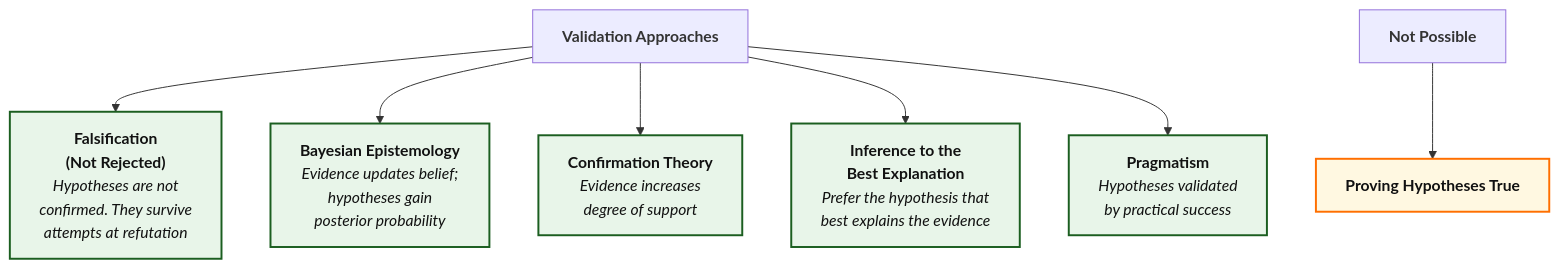
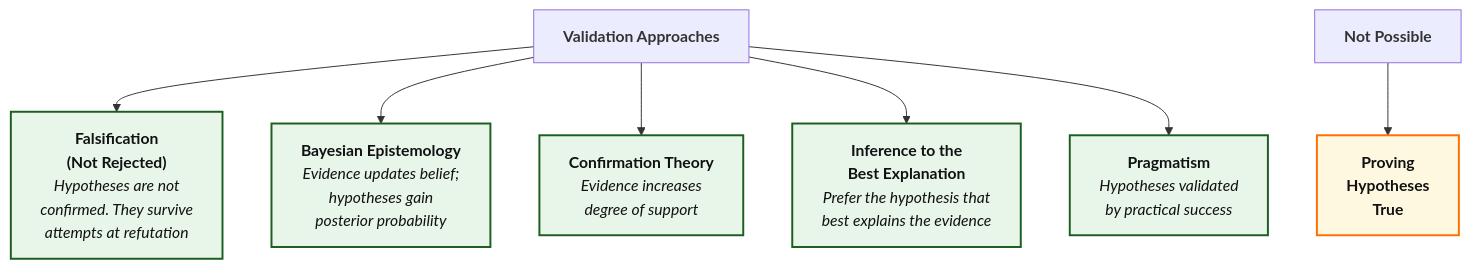
Before and after one commit to Tellusant/docs: the diagram in work-notes/nek3.md, drawn with Mermaid.

Commit message:
Update formatting of 'Proving Hypotheses True' entry

```diff
--- a/work-notes/nek3.md
+++ b/work-notes/nek3.md
@@ -4,33 +4,33 @@
 <div class="mermaid">
 
 flowchart TD
 
 %%{init: {'themeVariables': { 'fontFamily': 'Arial'}}}%%
 
     V["`**Validation Approaches**`"]:::none
 
     F["`**Falsification<br/>(Not Rejected)**<br/>*Hypotheses are not<br/>confirmed. They survive<br/>attempts at refutation*`"]:::strong
     B["`**Bayesian Epistemology**<br/>*Evidence updates belief;<br/>hypotheses gain<br/>posterior probability*`"]:::strong
     C["`**Confirmation Theory**<br/>*Evidence increases<br/>degree of support*`"]:::strong
     I["`**Inference to the<br/>Best Explanation**<br/>*Prefer the hypothesis that<br/>best explains the evidence*`"]:::strong
     R["`**Pragmatism**<br/>*Hypotheses validated<br/>by practical success*`"]:::strong
 
     NV["`**Not Possible**`"]:::none
-    CO["`**Proving Hypotheses True**`"]:::mixed
+    CO["`**Proving<br/>Hypotheses<br/>True**`"]:::mixed
 
     V --> F
     V --> B
     V --> C
     V --> I
     V --> R
     NV--> CO
 
     %% ========= STYLES ========= Labels are from another graph
 classDef strong  fill:#E8F5E9,stroke:#1B5E20,stroke-width:2px,color:#111;
 classDef neutral fill:#E3F2FD,stroke:#0D47A1,stroke-width:2px,color:#111;
 classDef mixed   fill:#FFF8E1,stroke:#FF6F00,stroke-width:2px,color:#111;
 classDef risk    fill:#FDECEA,stroke:#B71C1C,stroke-width:2px,color:#111;
 classDef summary fill:#F5F5F5,stroke:#424242,stroke-width:2px,color:#111;
 classDef anchor fill:transparent,stroke:transparent;
 
 </div>
```
